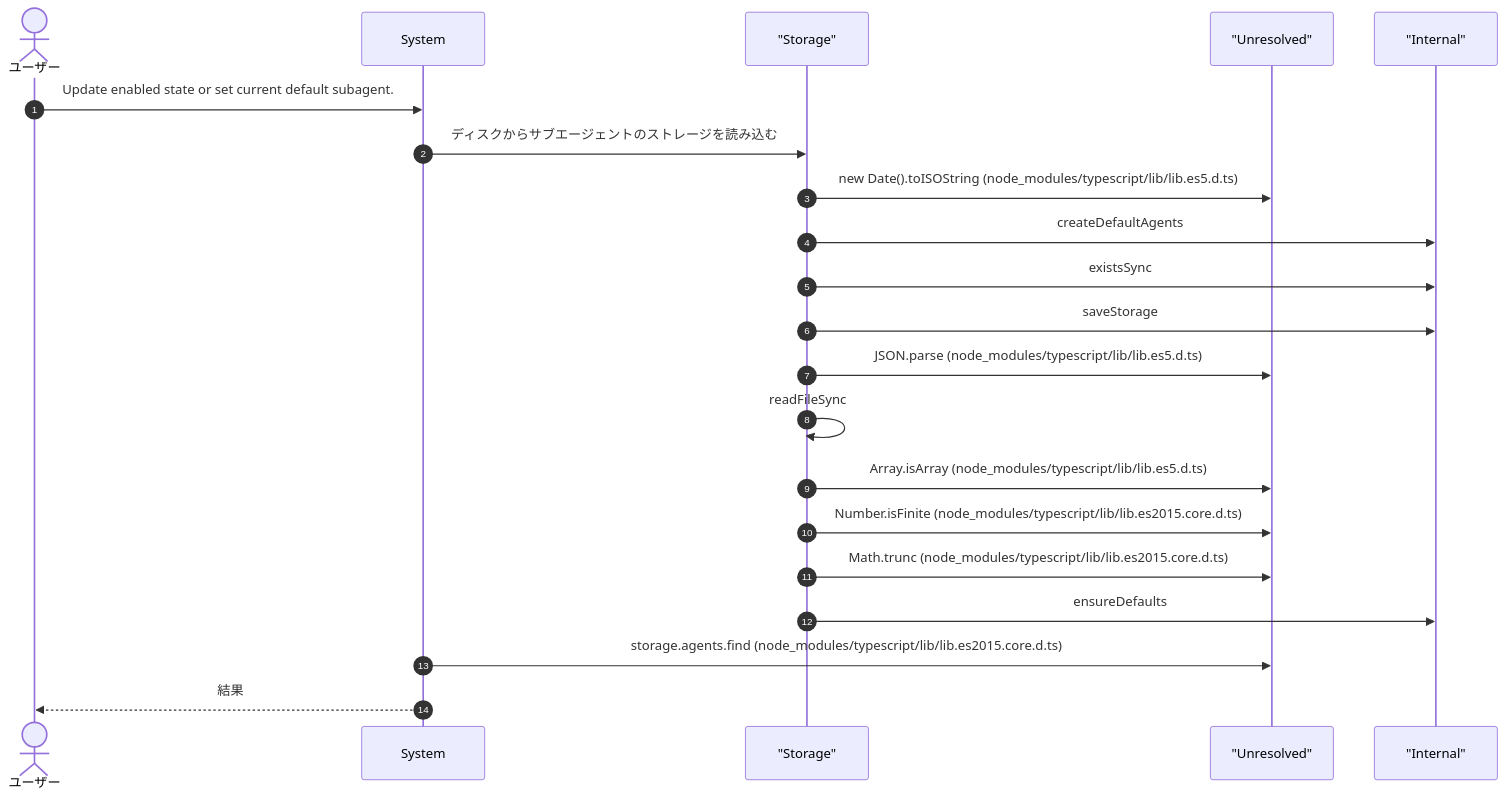
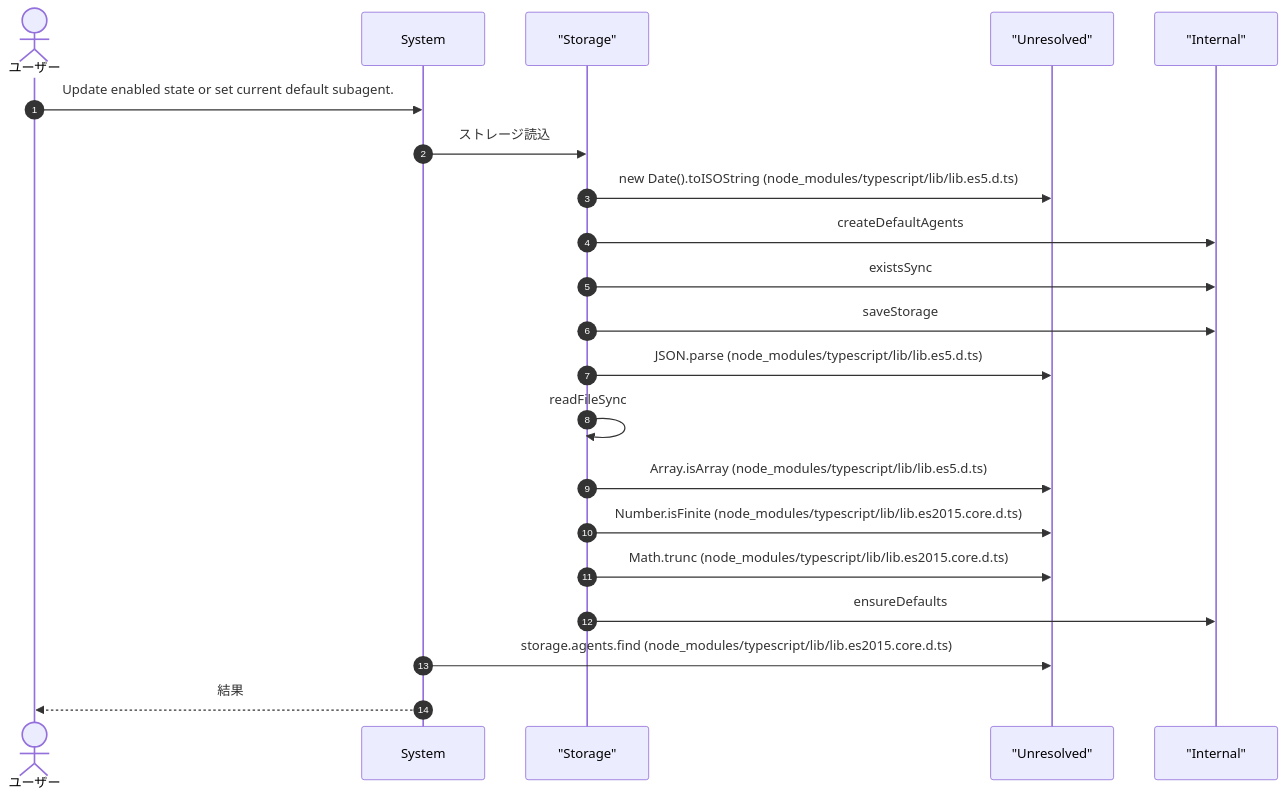
Before and after one commit to Mekann2904/mekann: the third of 10 diagrams in ABDD/.pi/extensions/subagents.md, drawn with Mermaid. The commit also changed other lines of this file and 212 other files, not shown here.

````diff
--- a/ABDD/.pi/extensions/subagents.md
+++ b/ABDD/.pi/extensions/subagents.md
@@ -111,25 +111,25 @@
 ```mermaid
 sequenceDiagram
   autonumber
   actor User as ユーザー
   participant System as System
   participant Storage as "Storage"
   participant Unresolved as "Unresolved"
   participant Internal as "Internal"
 
   User->>System: Update enabled state or set current default subagent.
-  System->>Storage: ディスクからサブエージェントのストレージを読み込む
+  System->>Storage: ストレージ読込
   Storage->>Unresolved: new Date().toISOString (node_modules/typescript/lib/lib.es5.d.ts)
   Storage->>Internal: createDefaultAgents
   Storage->>Internal: existsSync
   Storage->>Internal: saveStorage
   Storage->>Unresolved: JSON.parse (node_modules/typescript/lib/lib.es5.d.ts)
   Storage->>Storage: readFileSync
   Storage->>Unresolved: Array.isArray (node_modules/typescript/lib/lib.es5.d.ts)
   Storage->>Unresolved: Number.isFinite (node_modules/typescript/lib/lib.es2015.core.d.ts)
   Storage->>Unresolved: Math.trunc (node_modules/typescript/lib/lib.es2015.core.d.ts)
   Storage->>Internal: ensureDefaults
   System->>Unresolved: storage.agents.find (node_modules/typescript/lib/lib.es2015.core.d.ts)
   System-->>User: 結果
 
 ```
````
